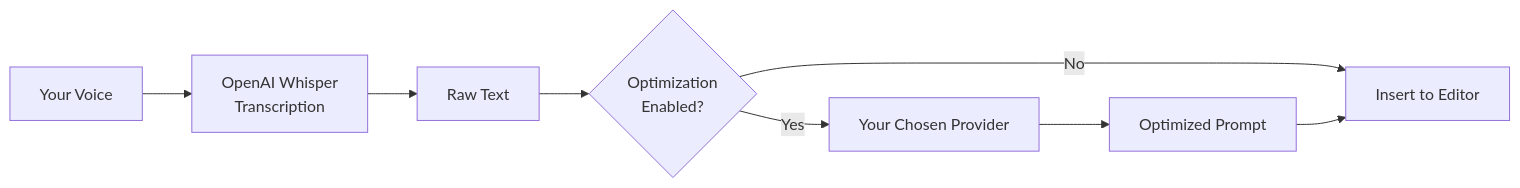
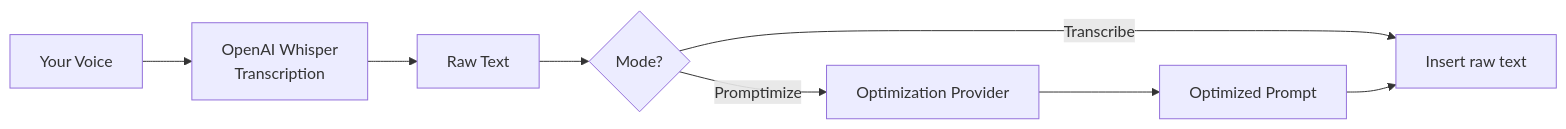
One commit to vypdev/cursor-whisper changed the diagram in docs/quickstart.md. Above: the diagram before and after it, drawn with Mermaid. The commit also changed other lines of this file and 20 other files, not shown here.

````diff
--- a/docs/quickstart.md
+++ b/docs/quickstart.md
@@ -14,10 +21,10 @@
 ```mermaid
 graph LR
     Voice[Your Voice] --> Whisper[OpenAI Whisper<br/>Transcription]
     Whisper --> RawText[Raw Text]
-    RawText --> Choice{Optimization<br/>Enabled?}
-    Choice -->|No| Editor[Insert to Editor]
-    Choice -->|Yes| Provider[Your Chosen Provider]
+    RawText --> Choice{Mode?}
+    Choice -->|Transcribe| Editor[Insert raw text]
+    Choice -->|Promptimize| Provider[Optimization Provider]
     Provider --> OptimizedText[Optimized Prompt]
     OptimizedText --> Editor
 ```
````
